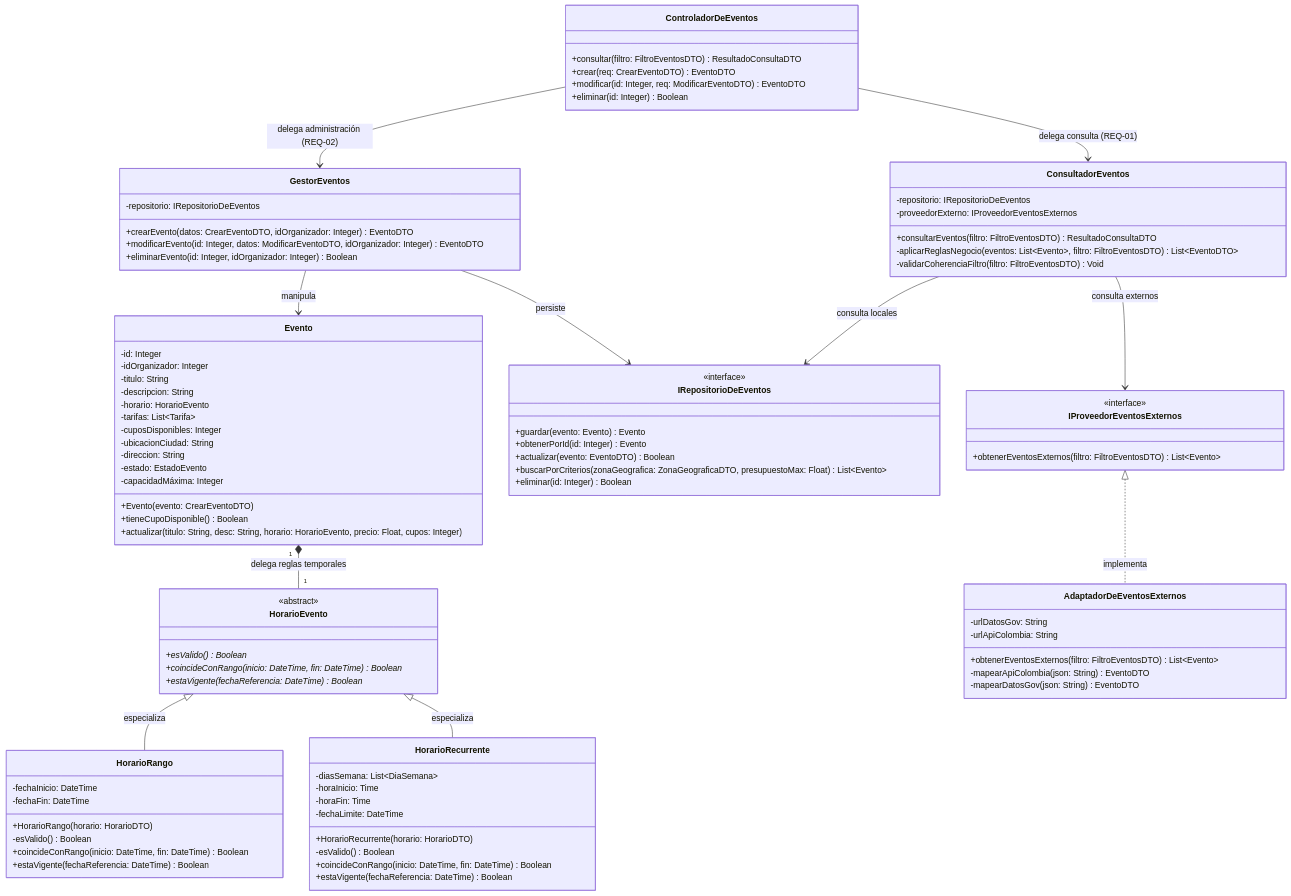
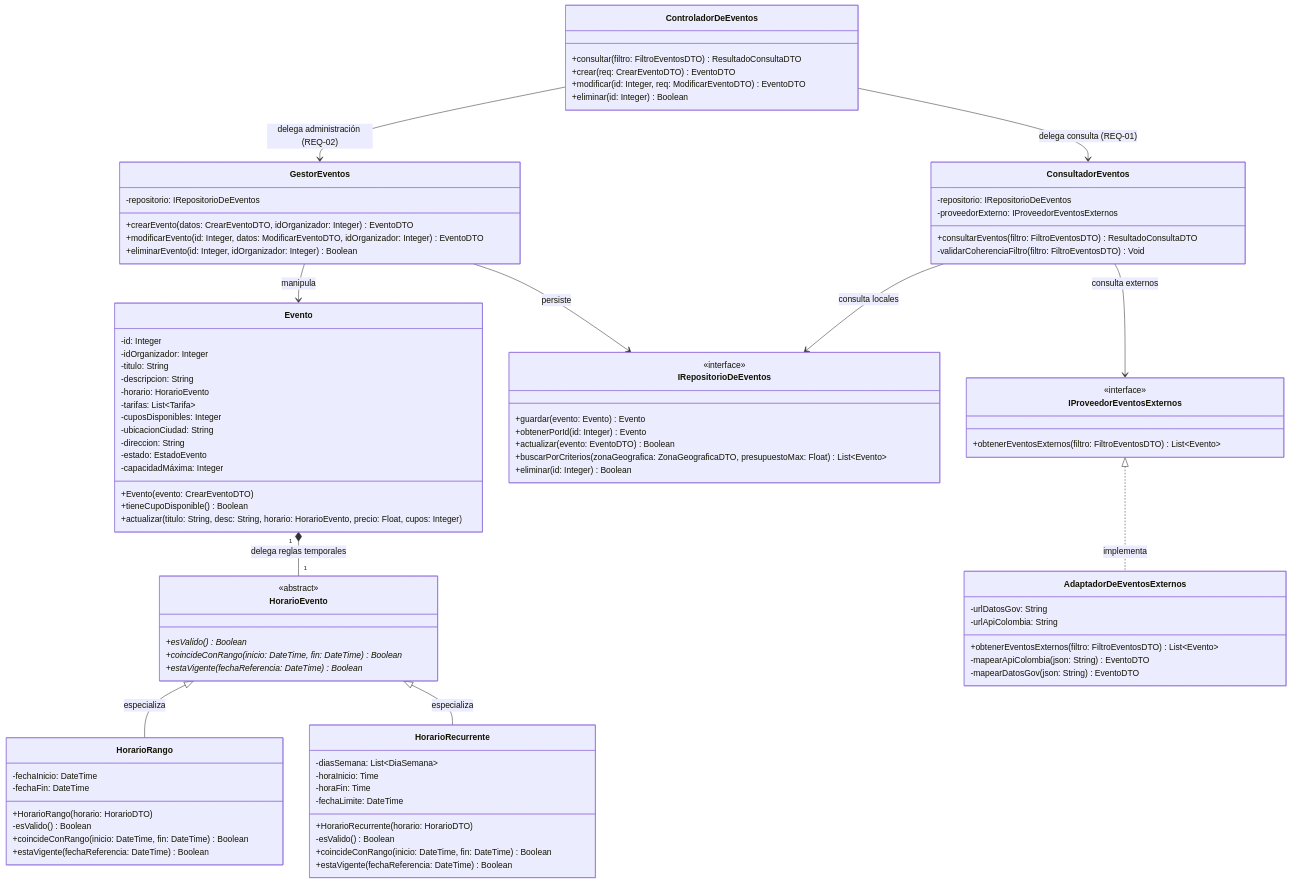
One commit to ProyectPlanning/Sistema_de_eventos changed the second of 3 diagrams in Docs/Design/Diseño Arquitectónico detallado 01.md. Above: the diagram before and after it, drawn with Mermaid.

Commit message:
Remove 'aplicarReglasNegocio' method from ConsultadorEventos
Removed the 'aplicarReglasNegocio' method from the 'ConsultadorEventos' class.

```diff
--- a/Docs/Design/Diseño Arquitectónico detallado 01.md
+++ b/Docs/Design/Diseño Arquitectónico detallado 01.md
@@ -150,7 +150,6 @@
         -repositorio: IRepositorioDeEventos
         -proveedorExterno: IProveedorEventosExternos
         +consultarEventos(filtro: FiltroEventosDTO) ResultadoConsultaDTO
-        -aplicarReglasNegocio(eventos: List~Evento~, filtro: FiltroEventosDTO) List~EventoDTO~
         -validarCoherenciaFiltro(filtro: FiltroEventosDTO) Void
     }
 
```
